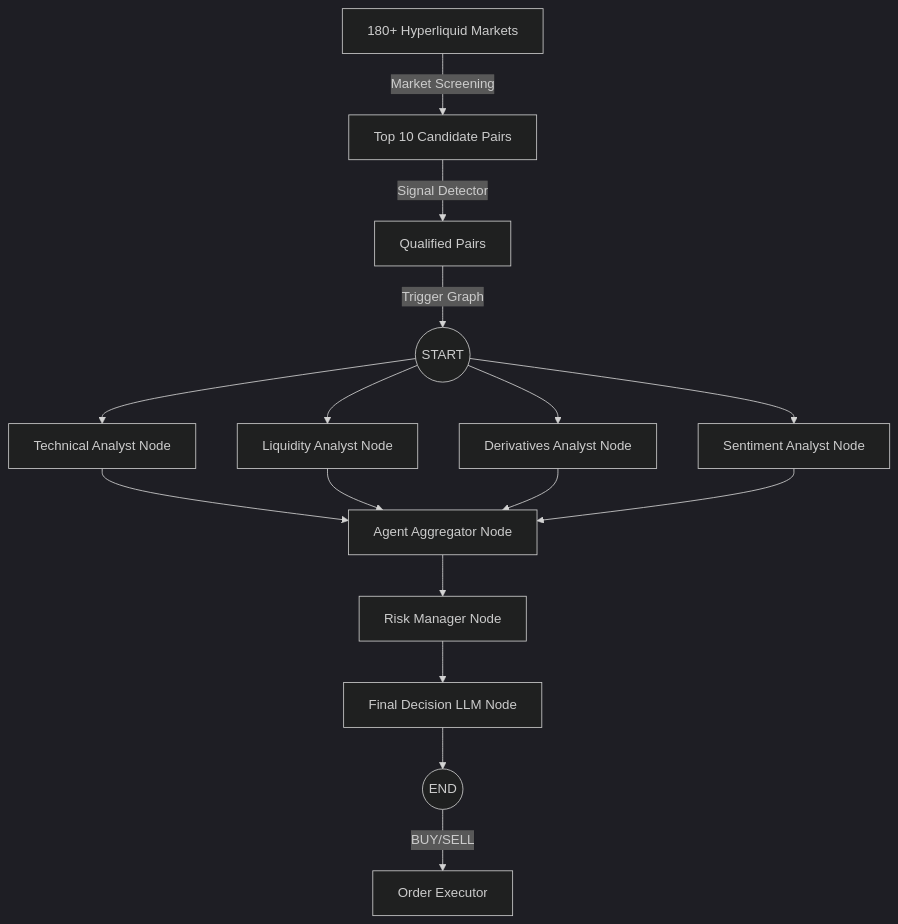
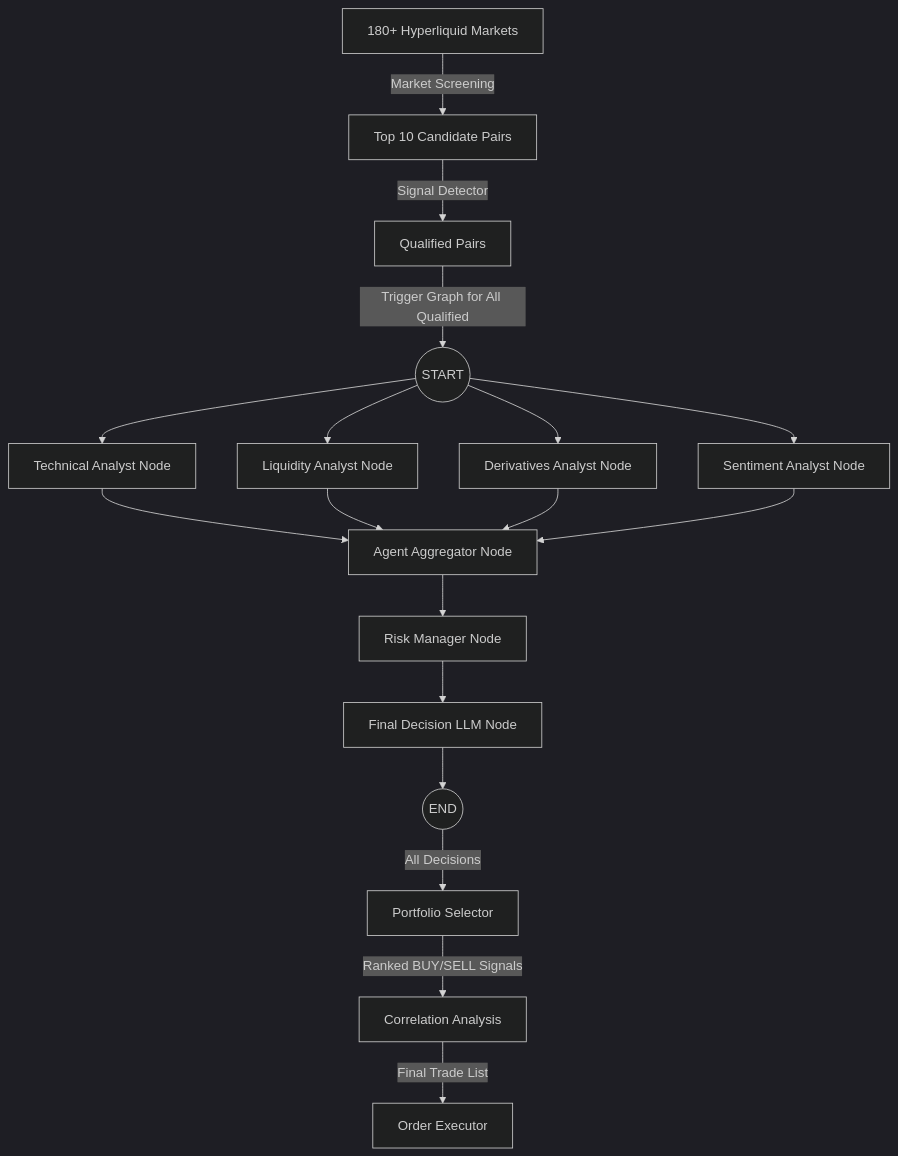
Before and after one commit to NasFahmi/dyadix: the diagram in langgraph_workflow.md, drawn with Mermaid (dark theme). The commit also changed other lines of this file, not shown here.

Commit message:
fix: fixing langgraph workflow after add correlaction

````diff
--- a/langgraph_workflow.md
+++ b/langgraph_workflow.md
@@ -11,27 +11,29 @@
 ```mermaid
 graph TD
     %% Pre-processing Layer
     180_Markets[180+ Hyperliquid Markets] -->|Market Screening| Top_10[Top 10 Candidate Pairs]
     Top_10 -->|Signal Detector| Qualified[Qualified Pairs]
     
     %% LangGraph Flow (Event-Driven)
-    Qualified -->|Trigger Graph| START((START))
+    Qualified -->|Trigger Graph for All Qualified| START((START))
     
     START --> TA[Technical Analyst Node]
     START --> LA[Liquidity Analyst Node]
     START --> DA[Derivatives Analyst Node]
     START --> SA[Sentiment Analyst Node]
     
     TA --> AGG[Agent Aggregator Node]
     LA --> AGG
     DA --> AGG
     SA --> AGG
     
     AGG --> RM[Risk Manager Node]
     RM --> FD[Final Decision LLM Node]
     
     FD --> END((END))
     
-    %% Post-processing
-    END -->|BUY/SELL| Exec[Order Executor]
+    %% Portfolio & Correlation Filter Layer
+    END -->|All Decisions| PS[Portfolio Selector]
+    PS -->|Ranked BUY/SELL Signals| CA[Correlation Analysis]
+    CA -->|Final Trade List| Exec[Order Executor]
 ```
````
